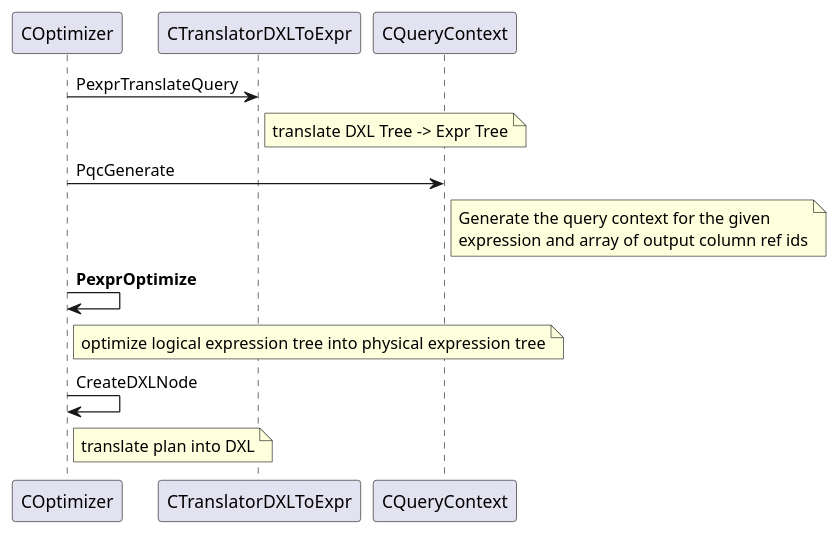
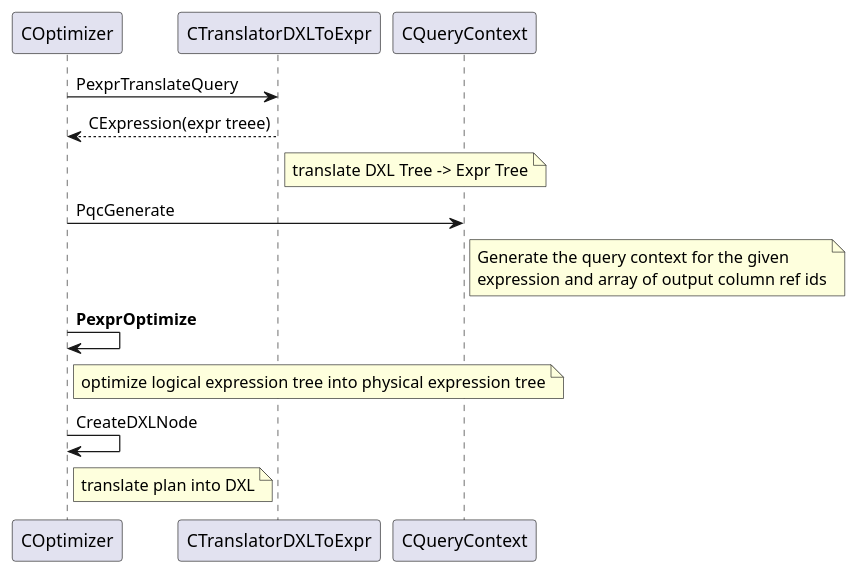
Before and after one commit to DepInjoy/geektime: the first of 9 diagrams in doc/DB/ORCA/MainProcessFlow.md, drawn with PlantUML. The commit also changed other lines of this file and 1 other file, not shown here.

````diff
--- a/doc/DB/ORCA/MainProcessFlow.md
+++ b/doc/DB/ORCA/MainProcessFlow.md
@@ -48,13 +46,14 @@
 ```plantuml
 @startuml
 COptimizer -> CTranslatorDXLToExpr:PexprTranslateQuery
+CTranslatorDXLToExpr --> COptimizer : CExpression(expr treee)
 note right of CTranslatorDXLToExpr : translate DXL Tree -> Expr Tree
 COptimizer -> CQueryContext:PqcGenerate
 note right of CQueryContext : Generate the query context for the given \nexpression and array of output column ref ids
 COptimizer -> COptimizer:**PexprOptimize**
 note right of COptimizer : optimize logical expression tree into physical expression tree
 
 COptimizer -> COptimizer: CreateDXLNode
 note right of COptimizer : translate plan into DXL
 @enduml
 ```
````
